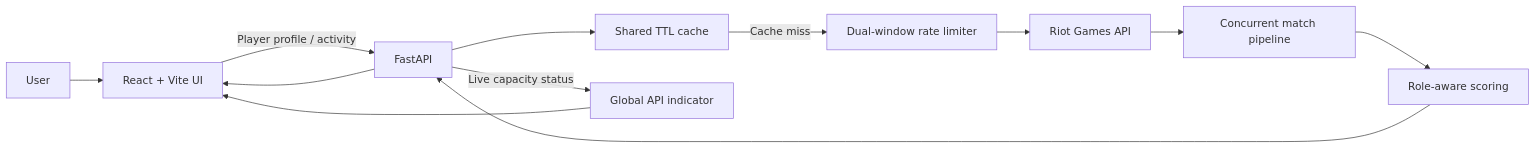
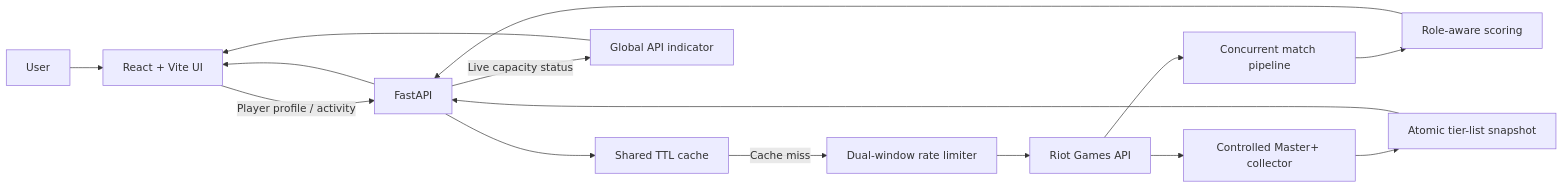
The diagram in README.md (phantomvoyager4/OLA), drawn with Mermaid before and after one commit. The commit also changed other lines of this file and 9 other files, not shown here.

Commit message:
feat: add prototype tier list (how it may look, sample is too small to access correct tier list)

````diff
--- a/README.md
+++ b/README.md
@@ -81,14 +89,17 @@
 ```mermaid
 flowchart LR
     U["User"] --> R["React + Vite UI"]
     R -->|"Player profile / activity"| F["FastAPI"]
     F --> C["Shared TTL cache"]
     C -->|"Cache miss"| L["Dual-window rate limiter"]
     L --> A["Riot Games API"]
     A --> P["Concurrent match pipeline"]
     P --> S["Role-aware scoring"]
     S --> F
+    A --> T["Controlled Master+ collector"]
+    T --> J["Atomic tier-list snapshot"]
+    J --> F
     F --> R
     F -->|"Live capacity status"| I["Global API indicator"]
     I --> R
 ```
````
